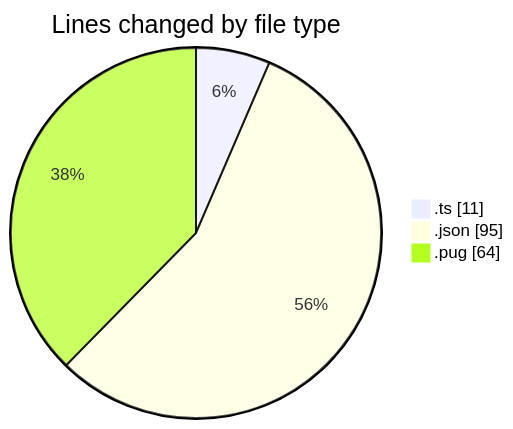
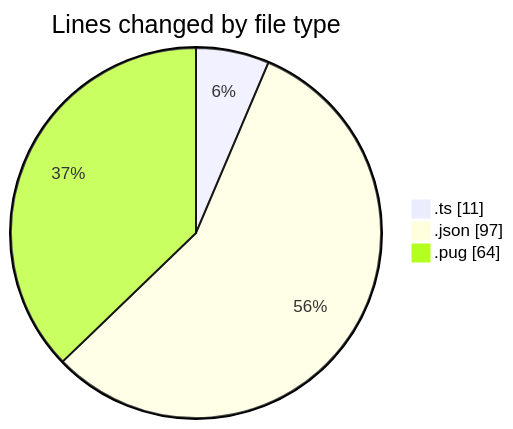
One commit to momahboobian/code-tracking changed the first of 2 diagrams in 2025-02-24/cda/README.md. Above: the diagram before and after it, drawn with Mermaid. The commit also changed other lines of this file and 1 other file, not shown here.

````diff
--- a/2025-02-24/cda/README.md
+++ b/2025-02-24/cda/README.md
@@ -26,7 +26,7 @@
 ```mermaid
 pie showData
 title Lines changed by file type
 ".ts" : 11
-".json" : 95
+".json" : 97
 ".pug" : 64
 ```
````
